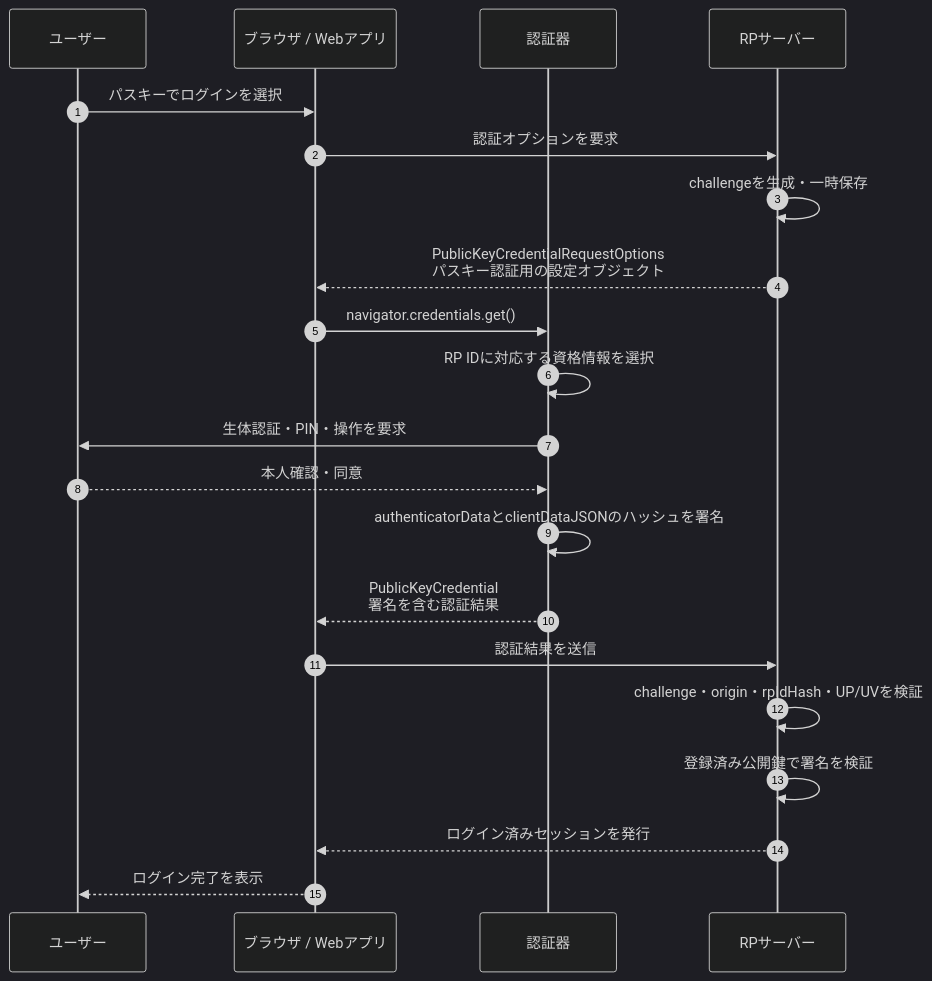
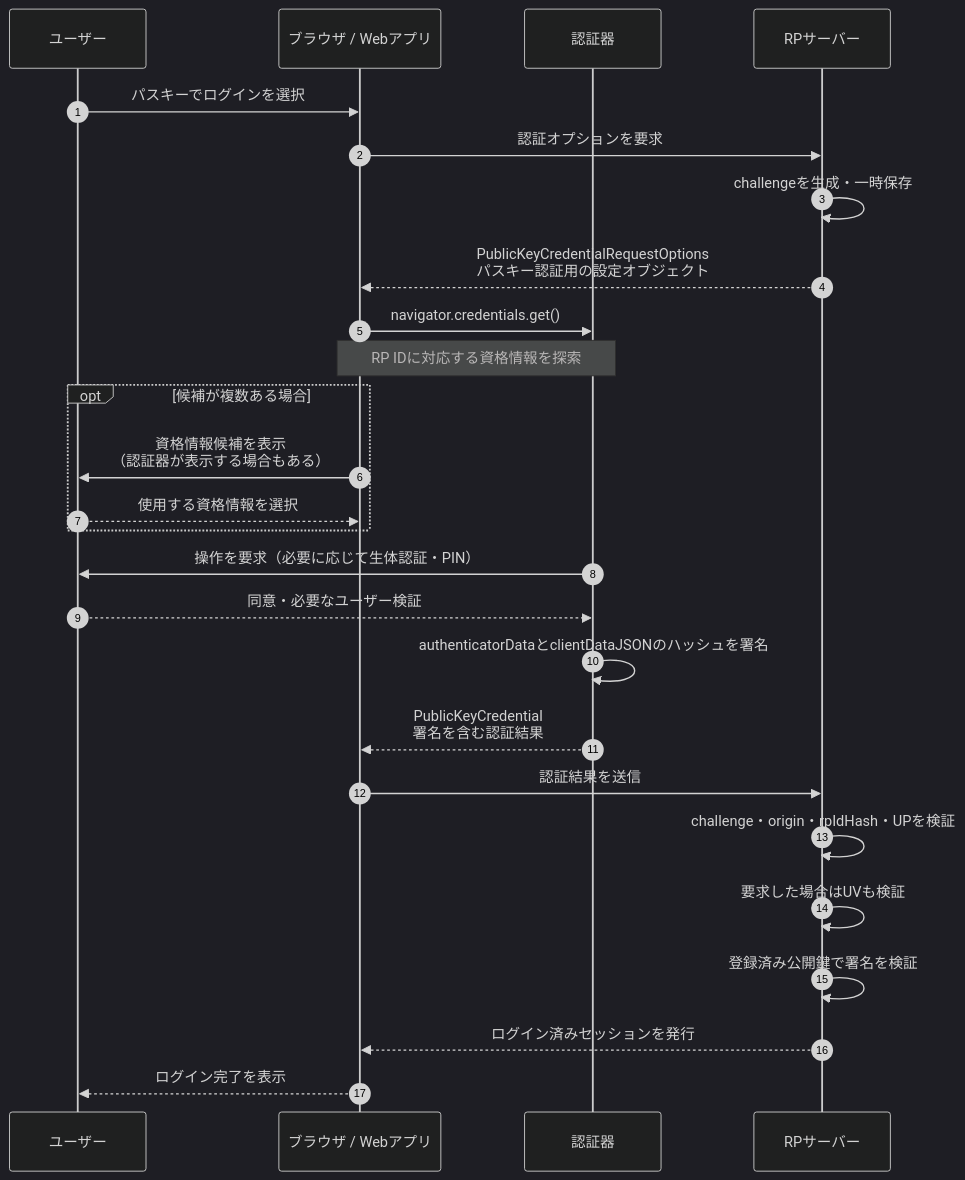
Before and after one commit to kapitantan/passkey_sandbox: the third of 3 diagrams in passkey-introduction-draft.md, drawn with Mermaid (dark theme). The commit also changed other lines of this file and 1 other file, not shown here.

````diff
--- a/passkey-introduction-draft.md
+++ b/passkey-introduction-draft.md
@@ -216,24 +201,29 @@
 ```mermaid
 sequenceDiagram
     autonumber
     participant U as ユーザー
     participant B as ブラウザ / Webアプリ
     participant A as 認証器
     participant S as RPサーバー
 
     U->>B: パスキーでログインを選択
     B->>S: 認証オプションを要求
     S->>S: challengeを生成・一時保存
     S-->>B: PublicKeyCredentialRequestOptions<br>パスキー認証用の設定オブジェクト
     B->>A: navigator.credentials.get()
-    A->>A: RP IDに対応する資格情報を選択
-    A->>U: 生体認証・PIN・操作を要求
-    U-->>A: 本人確認・同意
+    Note over B,A: RP IDに対応する資格情報を探索
+    opt 候補が複数ある場合
+        B->>U: 資格情報候補を表示<br>（認証器が表示する場合もある）
+        U-->>B: 使用する資格情報を選択
+    end
+    A->>U: 操作を要求（必要に応じて生体認証・PIN）
+    U-->>A: 同意・必要なユーザー検証
     A->>A: authenticatorDataとclientDataJSONのハッシュを署名
     A-->>B: PublicKeyCredential<br>署名を含む認証結果
     B->>S: 認証結果を送信
-    S->>S: challenge・origin・rpIdHash・UP/UVを検証
+    S->>S: challenge・origin・rpIdHash・UPを検証
+    S->>S: 要求した場合はUVも検証
     S->>S: 登録済み公開鍵で署名を検証
     S-->>B: ログイン済みセッションを発行
     B-->>U: ログイン完了を表示
 ```
````
